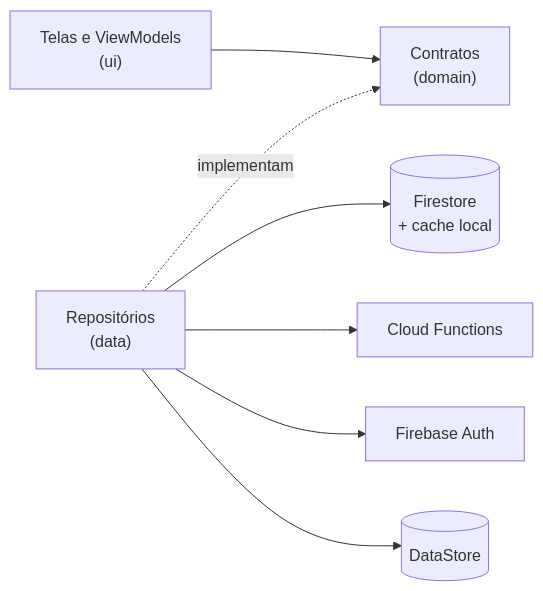
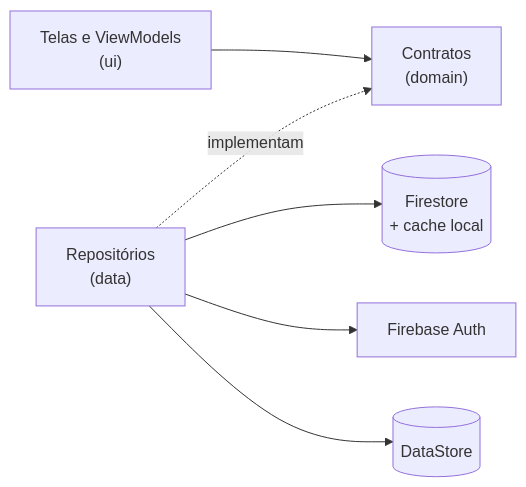
One commit to MatheusMendoncaLima/ori changed the first of 3 diagrams in docs/dados.md. Above: the diagram before and after it, drawn with Mermaid. The commit also changed other lines of this file and 31 other files, not shown here.

First line of the commit message:
feat: convites sem Cloud Functions, conferidos pelas regras do Firestore

````diff
--- a/docs/dados.md
+++ b/docs/dados.md
@@ -16,9 +16,8 @@
 ```mermaid
 flowchart LR
     UI["Telas e ViewModels<br/>(ui)"] --> C["Contratos<br/>(domain)"]
     D["Repositórios<br/>(data)"] -. implementam .-> C
     D --> FS[(Firestore<br/>+ cache local)]
-    D --> CF[Cloud Functions]
     D --> FA[Firebase Auth]
     D --> DS[(DataStore)]
 ```
````
